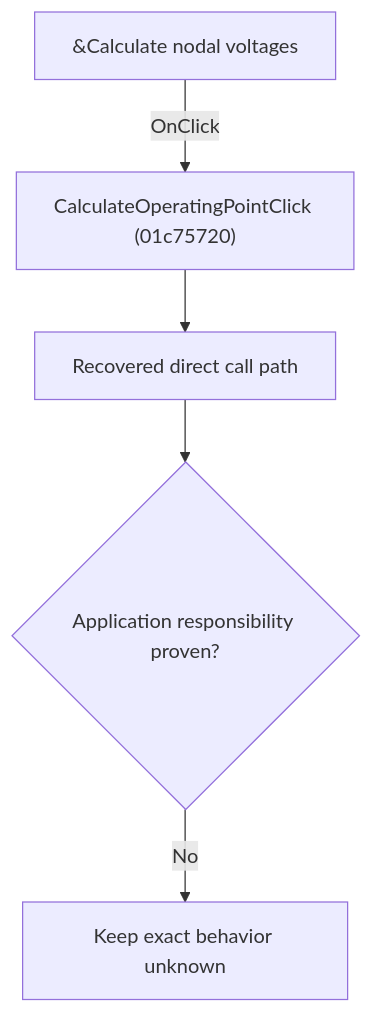
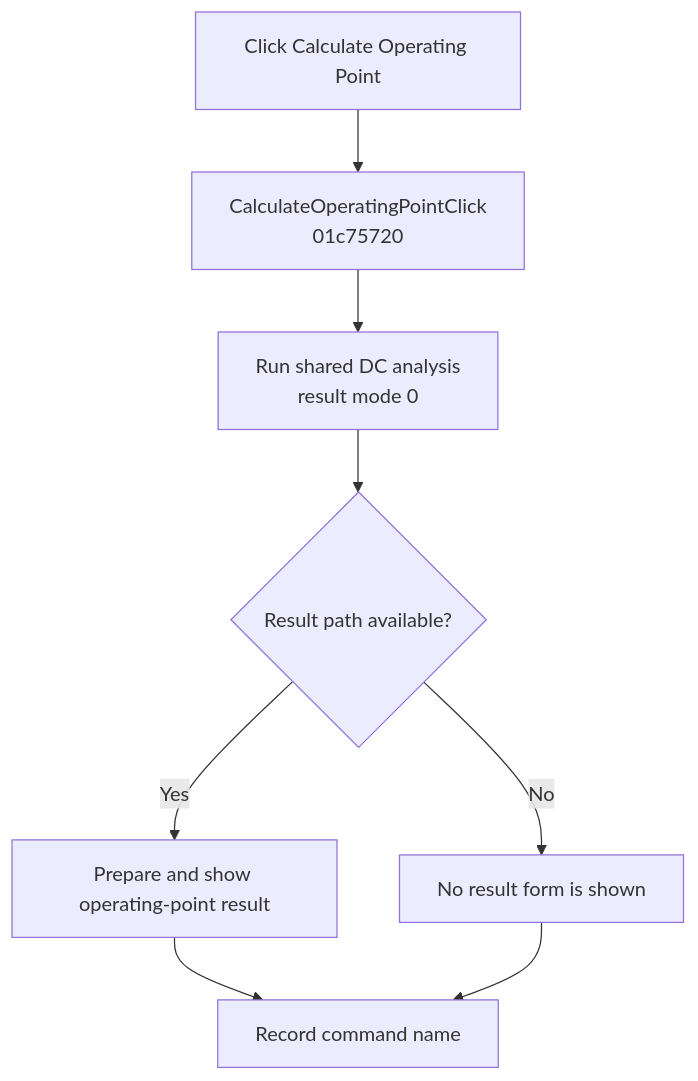
Before and after one commit to MovGP0/TIARA: the diagram in docs/ui-controls/schematiceditor/calculateoperatingpoint-e1c20d9540.md, drawn with Mermaid. The commit also changed other lines of this file and 241 other files, not shown here.

````diff
--- a/docs/ui-controls/schematiceditor/calculateoperatingpoint-e1c20d9540.md
+++ b/docs/ui-controls/schematiceditor/calculateoperatingpoint-e1c20d9540.md
@@ -27,7 +29,10 @@
 ```mermaid
 flowchart TD
-    control["&Calculate nodal voltages"] -->|"OnClick"| handler["CalculateOperatingPointClick (01c75720)"]
-    handler --> recovered["Recovered direct call path"]
-    recovered --> gap{"Application responsibility proven?"}
-    gap -->|"No"| blocked["Keep exact behavior unknown"]
+    control["Click Calculate Operating Point"] --> handler["CalculateOperatingPointClick<br/>01c75720"]
+    handler --> analyze["Run shared DC analysis<br/>result mode 0"]
+    analyze --> result{"Result path available?"}
+    result -->|Yes| show["Prepare and show operating-point result"]
+    result -->|No| noShow["No result form is shown"]
+    show --> record["Record command name"]
+    noShow --> record
 ```
````
